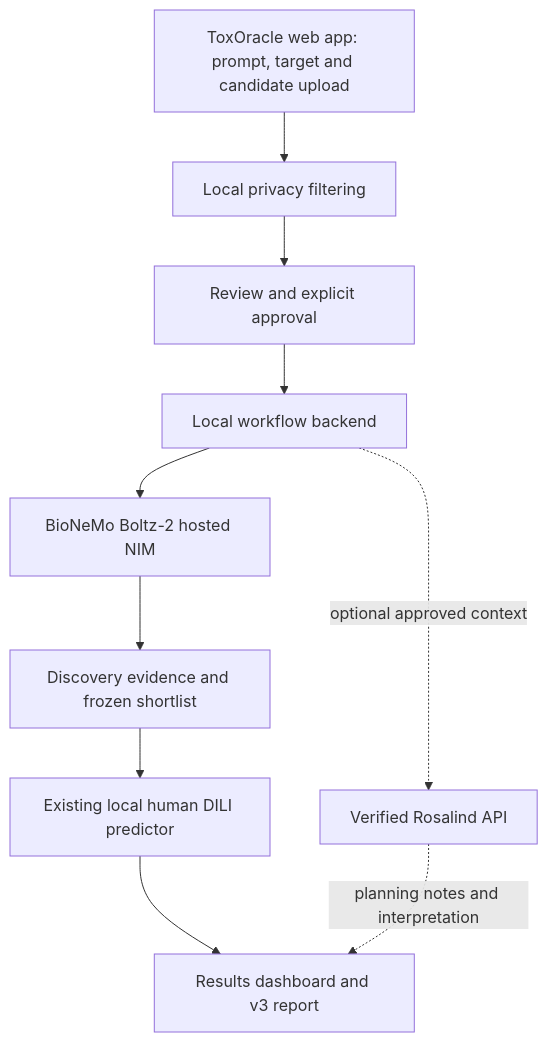
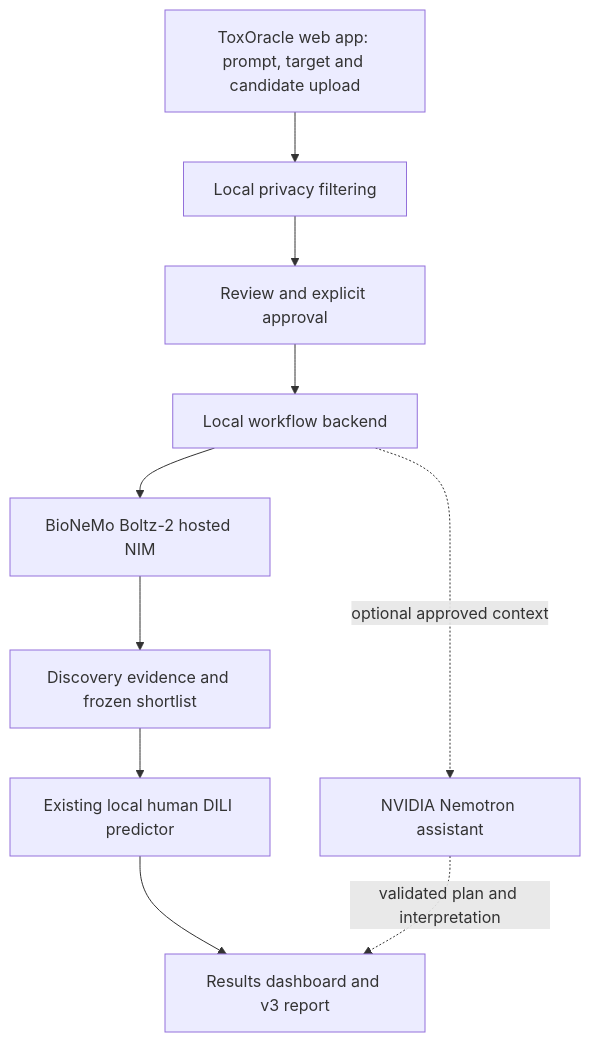
The diagram in BUILD_PLAN.md (odeb1/Tox_Oracle), drawn with Mermaid before and after one commit. The commit also changed other lines of this file and 19 other files, not shown here.

````diff
--- a/BUILD_PLAN.md
+++ b/BUILD_PLAN.md
@@ -33,12 +33,12 @@
 ```mermaid
 flowchart TD
     U[ToxOracle web app: prompt, target and candidate upload] --> P[Local privacy filtering]
     P --> V[Review and explicit approval]
     V --> S[Local workflow backend]
     S --> A[BioNeMo Boltz-2 hosted NIM]
     A --> D[Discovery evidence and frozen shortlist]
     D --> B[Existing local human DILI predictor]
     B --> J[Results dashboard and v3 report]
-    S -. optional approved context .-> R[Verified Rosalind API]
-    R -. planning notes and interpretation .-> J
+    S -. optional approved context .-> R[NVIDIA Nemotron assistant]
+    R -. validated plan and interpretation .-> J
 ```
````
